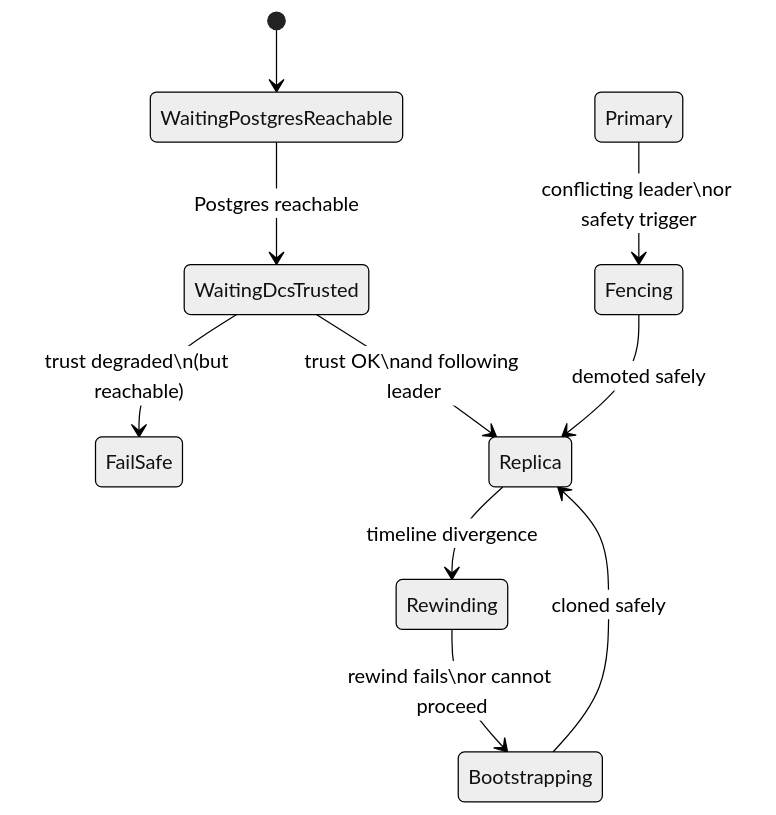
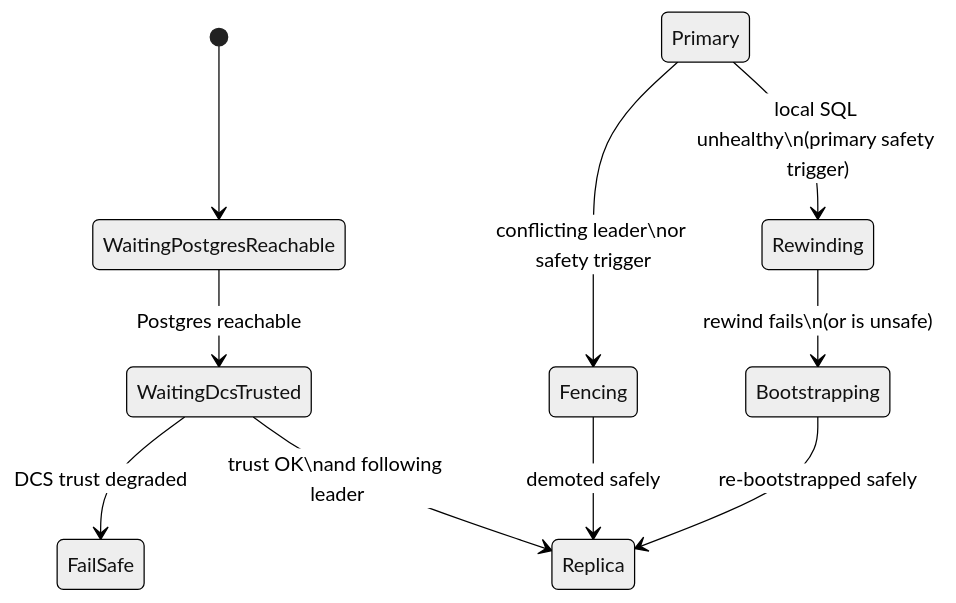
The second of 2 diagrams in docs/src/architecture/ha-lifecycle.md (djosh34/pgtuskmaster_rust), drawn with Mermaid (neutral theme) before and after one commit. The commit also changed other lines of this file and 36 other files, not shown here.

First line of the commit message:
task finished 33-task-deep-skeptical-verification-of-doc-facts-and-writing-quality: audit docs + fix diagrams/test flake

````diff
--- a/docs/src/architecture/ha-lifecycle.md
+++ b/docs/src/architecture/ha-lifecycle.md
@@ -19,14 +19,14 @@
 ```mermaid
 stateDiagram-v2
   [*] --> WaitingPostgresReachable
   WaitingPostgresReachable --> WaitingDcsTrusted: Postgres reachable
-  WaitingDcsTrusted --> FailSafe: trust degraded\n(but reachable)
+  WaitingDcsTrusted --> FailSafe: DCS trust degraded
   WaitingDcsTrusted --> Replica: trust OK\nand following leader
 
   Primary --> Fencing: conflicting leader\nor safety trigger
   Fencing --> Replica: demoted safely
 
-  Replica --> Rewinding: timeline divergence
-  Rewinding --> Bootstrapping: rewind fails\nor cannot proceed
-  Bootstrapping --> Replica: cloned safely
+  Primary --> Rewinding: local SQL unhealthy\n(primary safety trigger)
+  Rewinding --> Bootstrapping: rewind fails\n(or is unsafe)
+  Bootstrapping --> Replica: re-bootstrapped safely
 ```
````
